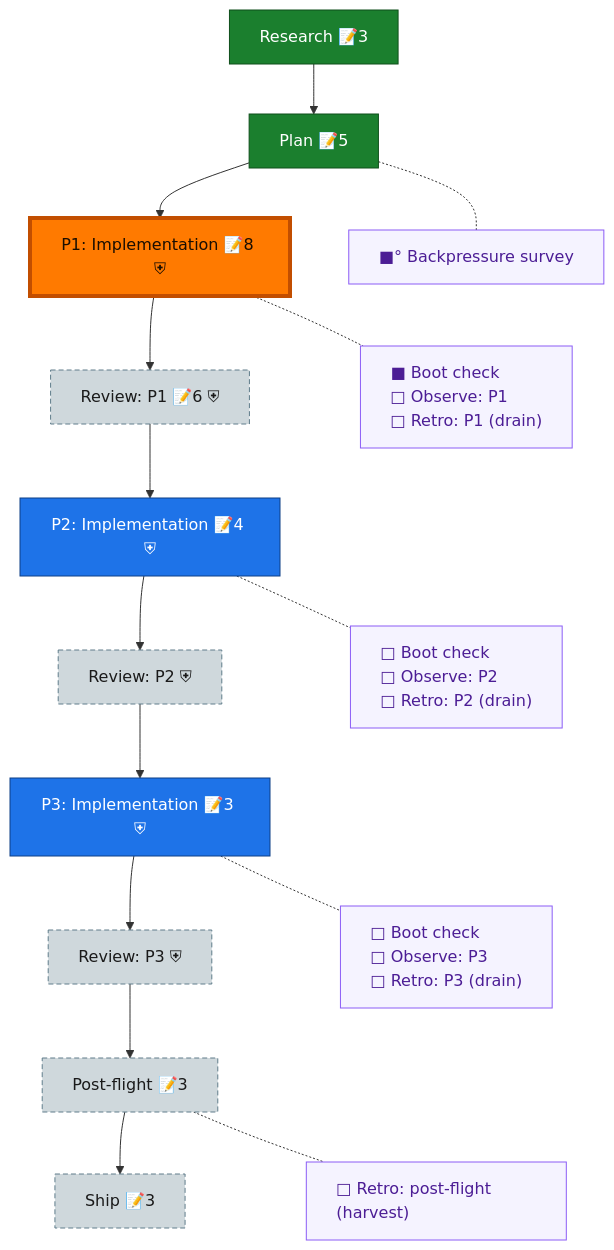
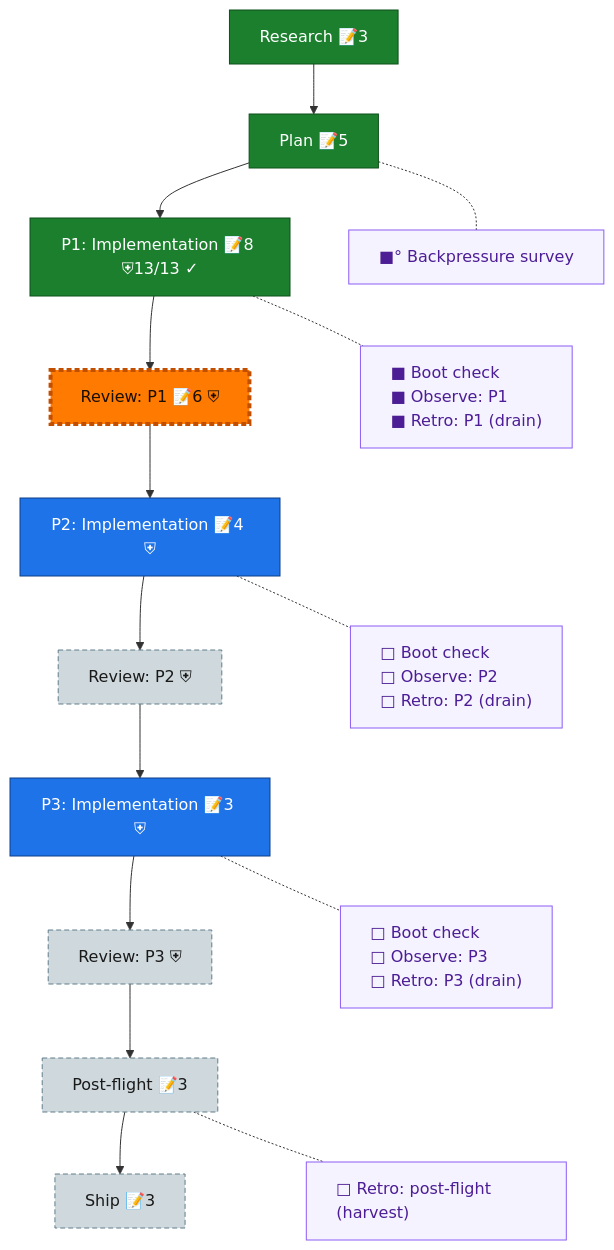
The diagram in docs/plans/082-harness-hooks/the-flow.md (AI-Substrate/harness-engineering), drawn with Mermaid before and after one commit. The commit also changed other lines of this file and 3 other files, not shown here.

````diff
--- a/docs/plans/082-harness-hooks/the-flow.md
+++ b/docs/plans/082-harness-hooks/the-flow.md
@@ -8,38 +8,38 @@
 ```mermaid
 flowchart TD
     research["Research 📝3"]:::done
     plan["Plan 📝5"]:::done
-    phase_1["P1: Implementation 📝8 ⛨"]:::known
+    phase_1["P1: Implementation 📝8 ⛨13/13 ✓"]:::done
     review_1["Review: P1 📝6 ⛨"]:::assumed
     phase_2["P2: Implementation 📝4 ⛨"]:::known
     review_2["Review: P2 ⛨"]:::assumed
     phase_3["P3: Implementation 📝3 ⛨"]:::known
     review_3["Review: P3 ⛨"]:::assumed
     post_flight["Post-flight 📝3"]:::assumed
     ship["Ship 📝3"]:::assumed
 
     research --> plan --> phase_1 --> review_1 --> phase_2 --> review_2 --> phase_3 --> review_3 --> post_flight --> ship
 
     planC["■° Backpressure survey"]:::chore
-    phase_1C["■ Boot check<br/>□ Observe: P1<br/>□ Retro: P1 (drain)"]:::chore
+    phase_1C["■ Boot check<br/>■ Observe: P1<br/>■ Retro: P1 (drain)"]:::chore
     phase_2C["□ Boot check<br/>□ Observe: P2<br/>□ Retro: P2 (drain)"]:::chore
     phase_3C["□ Boot check<br/>□ Observe: P3<br/>□ Retro: P3 (drain)"]:::chore
     post_flightC["□ Retro: post-flight (harvest)"]:::chore
 
     %% invisible chain holds the gutter boxes in their own column
     planC ~~~ phase_1C ~~~ phase_2C ~~~ phase_3C ~~~ post_flightC
 
     %% dotted links pull each gutter box beside its node
     plan -.- planC
     phase_1 -.- phase_1C
     phase_2 -.- phase_2C
     phase_3 -.- phase_3C
     post_flight -.- post_flightC
 
     classDef done fill:#1B7F2E,stroke:#0F4F1B,color:#fff;
     classDef known fill:#1E73E8,stroke:#0D3F86,color:#fff;
     classDef assumed fill:#CFD8DC,stroke:#607D8B,color:#1a1a1a,stroke-dasharray:5 3;
     classDef chore fill:#f5f3ff,stroke:#8b5cf6,color:#4c1d95,text-align:left;
     classDef current fill:#FF7A00,stroke:#C24E00,color:#1a0e00,stroke-width:4px;
-    class phase_1 current;
+    class review_1 current;
 ```
````
